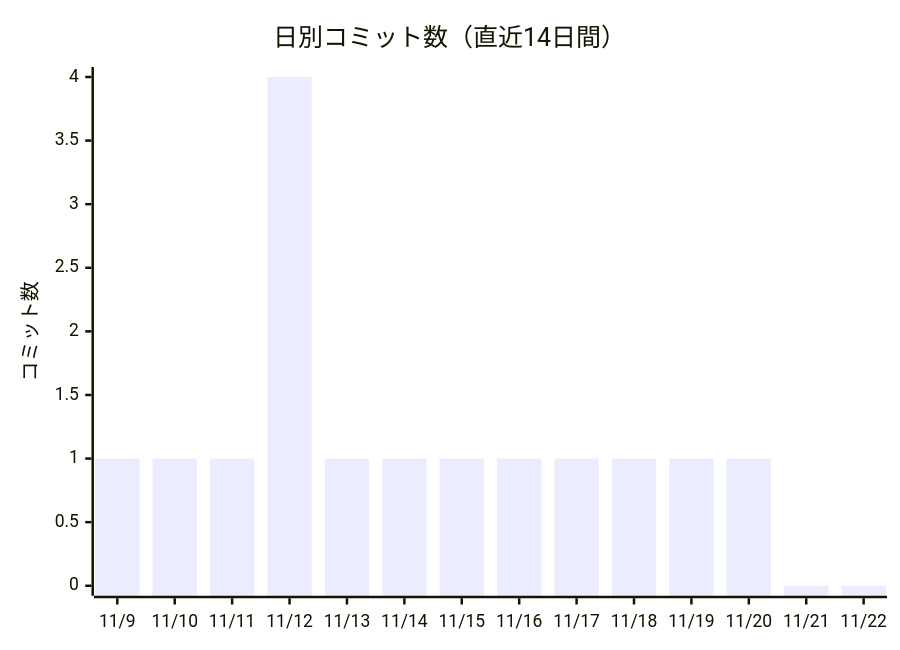
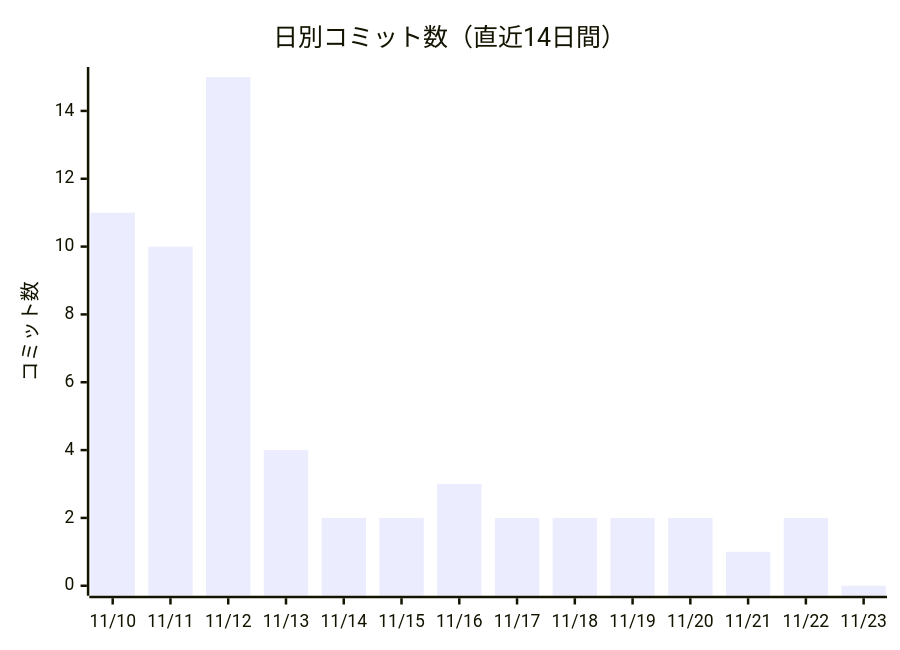
The first of 2 diagrams in docs/進化レポート.md (non-x2/non-x2), drawn with Mermaid before and after one commit. The commit also changed other lines of this file and 1 other file, not shown here.

````diff
--- a/docs/進化レポート.md
+++ b/docs/進化レポート.md
@@ -25,7 +25,7 @@
 ```mermaid
 xychart-beta
     title "日別コミット数（直近14日間）"
-    x-axis ["11/9", "11/10", "11/11", "11/12", "11/13", "11/14", "11/15", "11/16", "11/17", "11/18", "11/19", "11/20", "11/21", "11/22"]
+    x-axis ["11/10", "11/11", "11/12", "11/13", "11/14", "11/15", "11/16", "11/17", "11/18", "11/19", "11/20", "11/21", "11/22", "11/23"]
     y-axis "コミット数"
-    bar [1, 1, 1, 4, 1, 1, 1, 1, 1, 1, 1, 1, 0, 0]
+    bar [11, 10, 15, 4, 2, 2, 3, 2, 2, 2, 2, 1, 2, 0]
 ```
````
